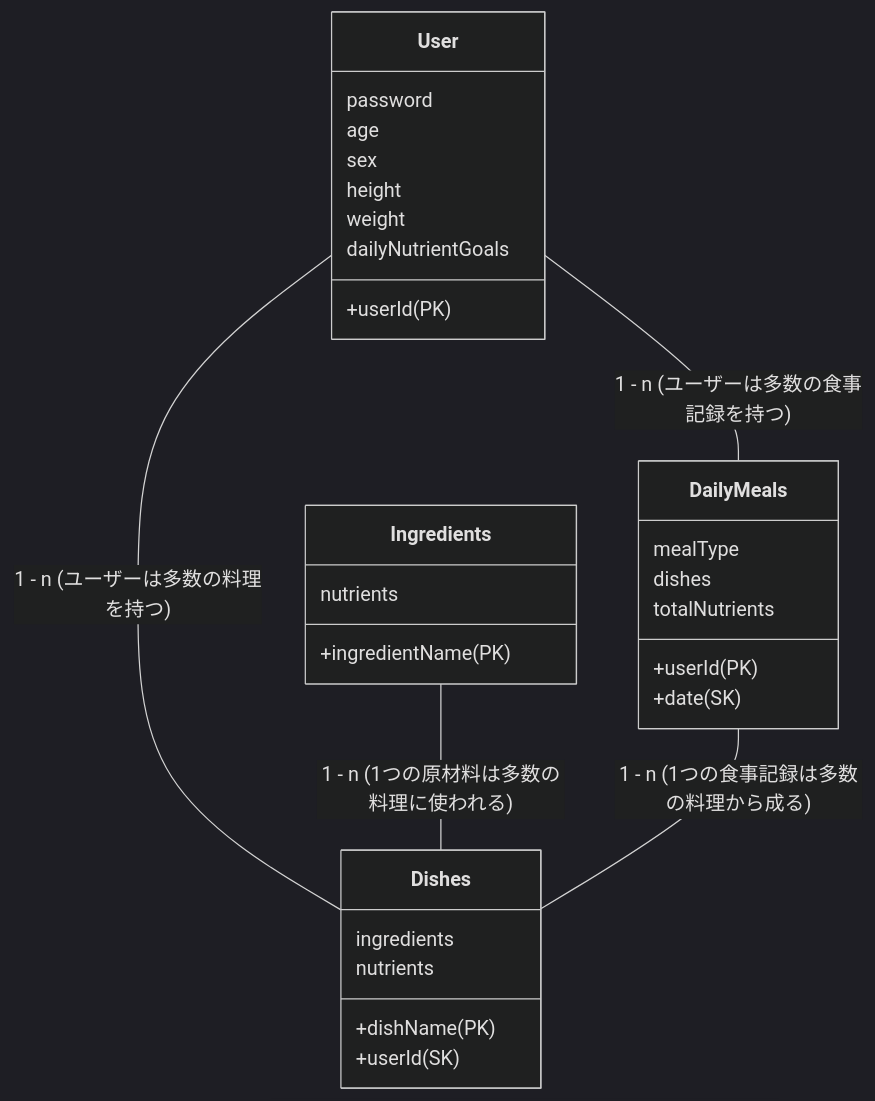
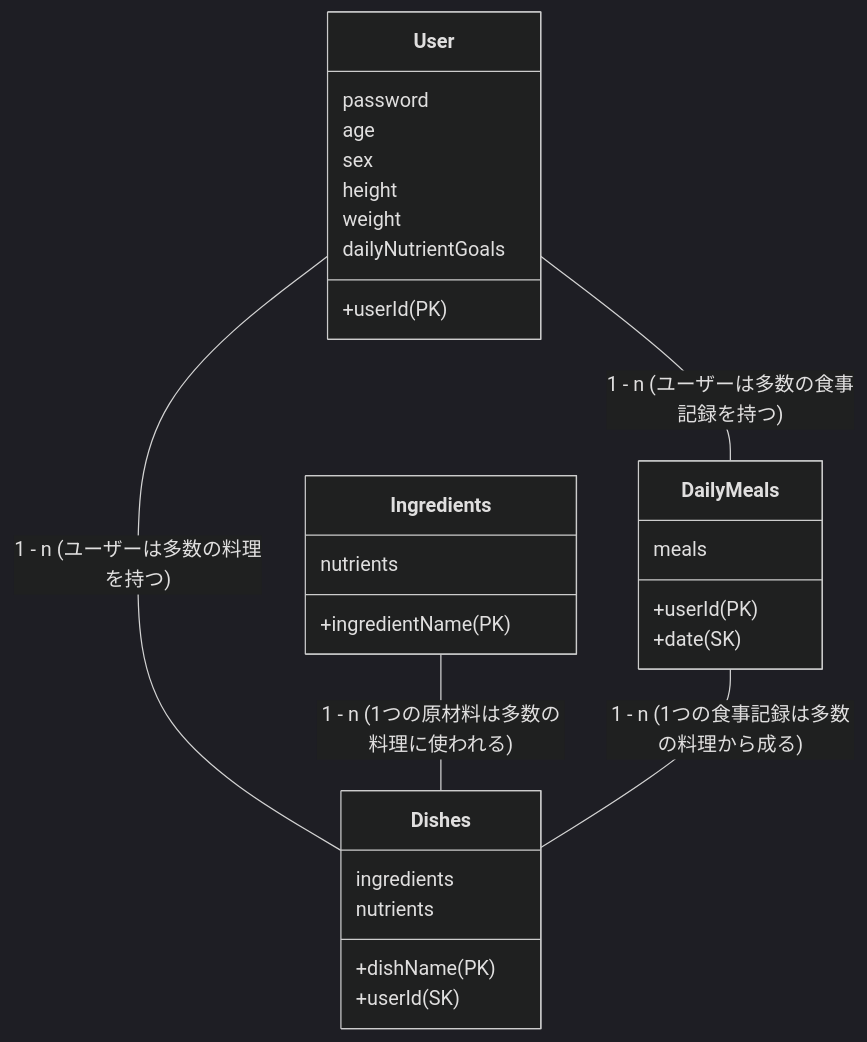
The diagram in README.md (taichi-126/mti-inter), drawn with Mermaid (dark theme) before and after one commit. The commit also changed other lines of this file, not shown here.

````diff
--- a/README.md
+++ b/README.md
@@ -33,38 +33,36 @@
 ```mermaid
 classDiagram
     User -- DailyMeals : 1 - n (ユーザーは多数の食事記録を持つ)
     User -- Dishes : 1 - n (ユーザーは多数の料理を持つ)
     Ingredients -- Dishes : 1 - n (1つの原材料は多数の料理に使われる)
     DailyMeals -- Dishes : 1 - n (1つの食事記録は多数の料理から成る)
 
     class User {
         +userId (PK)
         password
         age
         sex
         height
 　　　　　　　　　　　　　　　　weight
         dailyNutrientGoals
     }
 
     class Dishes {
         +dishName (PK)
         +userId (SK)
         ingredients
         nutrients
     }
 
     class DailyMeals {
         +userId (PK)
         +date (SK)
-        mealType
-        dishes
-        totalNutrients
+        meals 
     }
 
     class Ingredients {
         +ingredientName (PK)
         nutrients
     }
 
 ```
````
